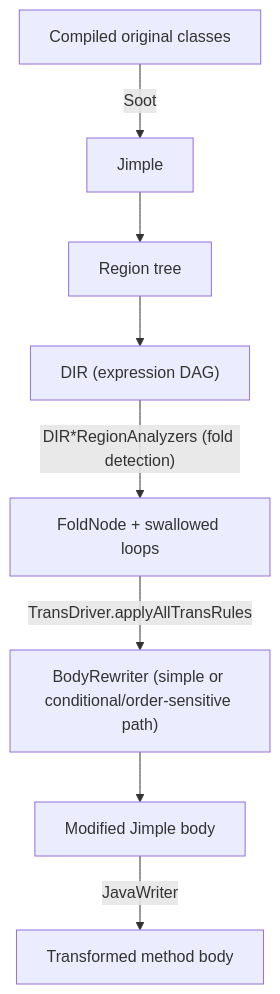
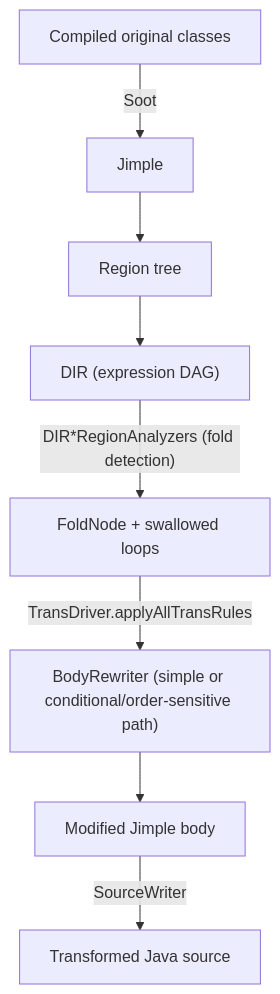
The diagram in README.md (dannykhant/dbridge), drawn with Mermaid before and after one commit. The commit also changed other lines of this file and 2 other files, not shown here.

Commit message:
docs: updated for Java8

````diff
--- a/README.md
+++ b/README.md
@@ -60,10 +60,10 @@
 ```mermaid
 flowchart TD
     A[Compiled original classes] -->|Soot| B[Jimple]
     B --> C[Region tree]
     C --> D["DIR (expression DAG)"]
     D -->|"DIR*RegionAnalyzers (fold detection)"| E["FoldNode + swallowed loops"]
     E -->|"TransDriver.applyAllTransRules"| F["BodyRewriter (simple or conditional/order-sensitive path)"]
     F --> G[Modified Jimple body]
-    G -->|JavaWriter| H[Transformed method body]
+    G -->|SourceWriter| H[Transformed Java source]
 ```
````
